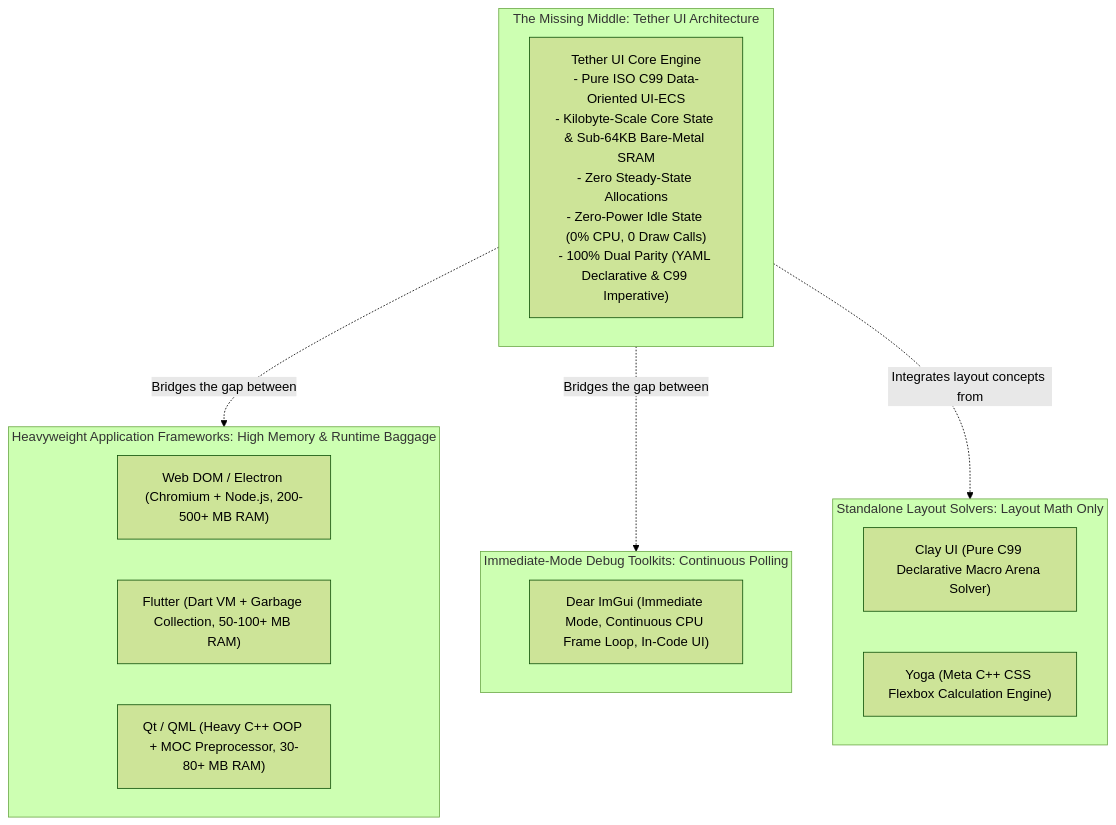
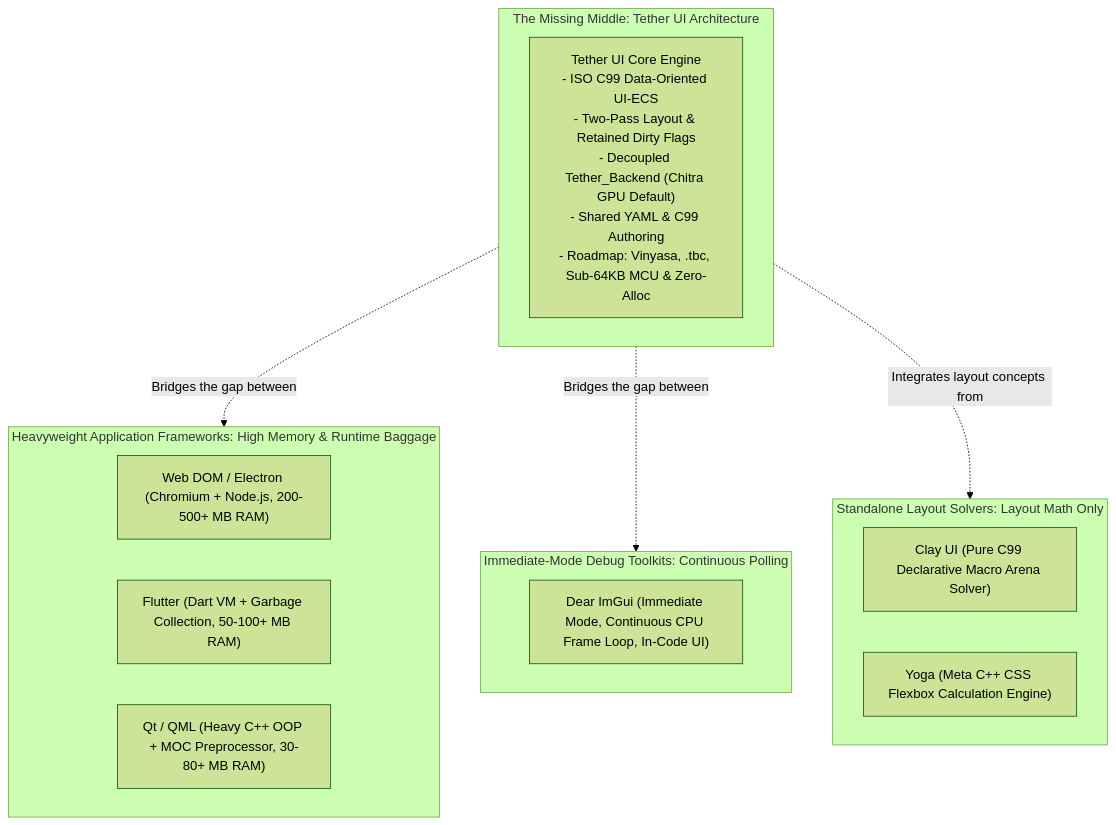
One commit to Yuvi-GD/Tether changed the second of 2 diagrams in docs/presentation/06_comparison.md. Above: the diagram before and after it, drawn with Mermaid (forest theme). The commit also changed other lines of this file and 24 other files, not shown here.

Commit message:
docs: align technical docs with v0.0.3-preview and clarify presentation roadmap

````diff
--- a/docs/presentation/06_comparison.md
+++ b/docs/presentation/06_comparison.md
@@ -178,25 +178,25 @@
 ```mermaid
 flowchart TD
     subgraph HeavyweightBloat["Heavyweight Application Frameworks: High Memory & Runtime Baggage"]
         H1["Web DOM / Electron (Chromium + Node.js, 200-500+ MB RAM)"]
         H2["Flutter (Dart VM + Garbage Collection, 50-100+ MB RAM)"]
         H3["Qt / QML (Heavy C++ OOP + MOC Preprocessor, 30-80+ MB RAM)"]
     end
 
     subgraph TheMissingMiddle["The Missing Middle: Tether UI Architecture"]
-        M1["Tether UI Core Engine\n- Pure ISO C99 Data-Oriented UI-ECS\n- Kilobyte-Scale Core State & Sub-64KB Bare-Metal SRAM\n- Zero Steady-State Allocations\n- Zero-Power Idle State (0% CPU, 0 Draw Calls)\n- 100% Dual Parity (YAML Declarative & C99 Imperative)"]
+        M1["Tether UI Core Engine\n- ISO C99 Data-Oriented UI-ECS\n- Two-Pass Layout & Retained Dirty Flags\n- Decoupled Tether_Backend (Chitra GPU Default)\n- Shared YAML & C99 Authoring\n- Roadmap: Vinyasa, .tbc, Sub-64KB MCU & Zero-Alloc"]
     end
 
     subgraph ImmediateToolkits["Immediate-Mode Debug Toolkits: Continuous Polling"]
         I1["Dear ImGui (Immediate Mode, Continuous CPU Frame Loop, In-Code UI)"]
     end
 
     subgraph PureLayoutSolvers["Standalone Layout Solvers: Layout Math Only"]
         L1["Clay UI (Pure C99 Declarative Macro Arena Solver)"]
         L2["Yoga (Meta C++ CSS Flexbox Calculation Engine)"]
     end
 
     TheMissingMiddle -.->|Bridges the gap between| HeavyweightBloat
     TheMissingMiddle -.->|Bridges the gap between| ImmediateToolkits
     TheMissingMiddle -.->|Integrates layout concepts from| PureLayoutSolvers
 ```
````
